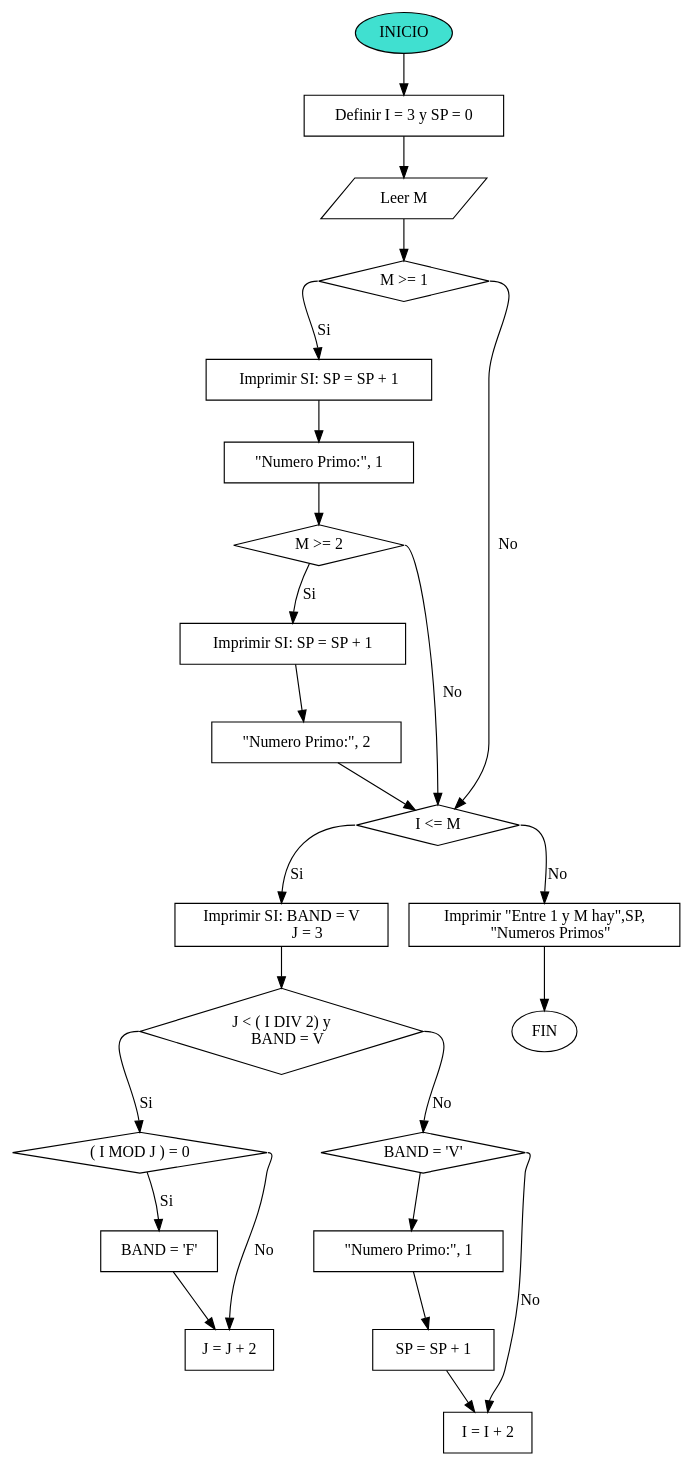
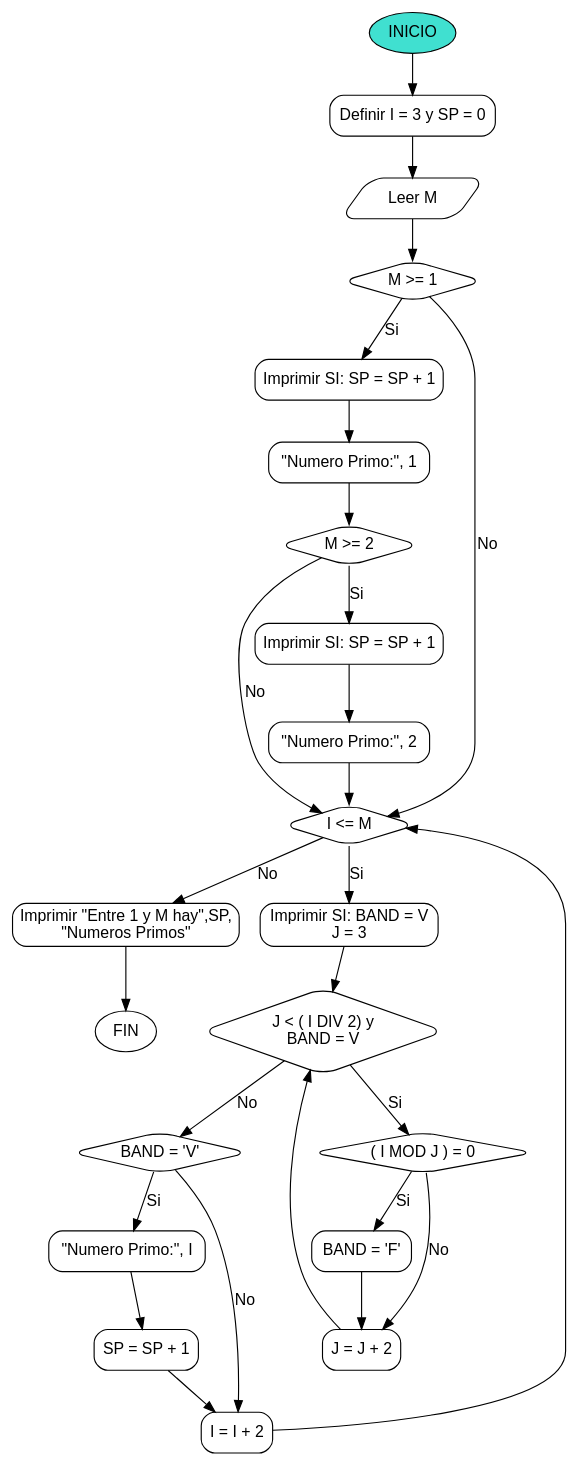
One commit to 23Leilany166/java-tutor-tics changed the diagram in Ejercicios/Problema_3_17/Diagrama/Problema_3_17.dot. Above: the diagram before and after it, drawn with Graphviz. The commit also changed 8 other files, not shown here.

Commit message:
Agregué diagramas de flujo

```diff
--- a/Ejercicios/Problema_3_17/Diagrama/Problema_3_17.dot
+++ b/Ejercicios/Problema_3_17/Diagrama/Problema_3_17.dot
@@ -1,104 +1,123 @@
 digraph Problema_3_17 {
-   Inicio [
-    shape=ellipse,
-    label="INICIO", 
-    fillcolor="#40e0d0", 
-    style="filled"];
-   Escribir [
-    shape=box  
-    label=" Definir I = 3 y SP = 0"
-   ];
-   Entrada_datos [
-    shape=parallelogram,
-    label=" Leer M "];
-   Condicion [
-    shape=diamond    
-    label=" M >= 1 "];
-   Opcion [
-    shape= box
-    label="Imprimir SI: SP = SP + 1"];
-   Opcion1 [
-    shape=box    
-    label=" \"Numero Primo:\", 1 "];
-   Condicion1 [
-    shape=diamond    
-    label=" M >= 2 "];
-   True[
-    shape=box
-    label="Imprimir SI: SP = SP + 1"
-   ];
-   False [
-    shape=box
-    label="Imprimir \"Entre 1 y M hay\",SP,
-    \"Numeros Primos\""
-   ];
-   Opcion3[
-    shape=box    
-    label=" \"Numero Primo:\", 2 "];
-   Condicion2[
-    shape=diamond    
-    label=" I <= M "];
-   Afimativo [
-    shape=box
-    label="Imprimir SI: BAND = V 
-              J = 3"
-   ]
-   Condicion3[
-    shape=diamond    
-    label=" J < ( I DIV 2) y
-    BAND = V "];
-   Condicion4 [
-    shape=diamond    
-    label="( I MOD J ) = 0"];
-   Verdad [
-    shape=box
-    label=" BAND = \'F\'"
-   ];
-   Opcion4[
-    shape=box
-    label="J = J + 2"
-   ];
-   Condicion5[
-    shape=diamond    
-    label="BAND = \'V\'"];
-   Leer1 [
-    shape=box    
-    label=" \"Numero Primo:\", 1 "];
-   Opcion5[
-    shape=box
-    label="SP = SP + 1"
-   ];
-   Opcion6[
-    shape=box
-    label="I = I + 2"
-   ]
-   Fin [
-    shape=ellipse
-    label="FIN"];
+    graph [fontname="Arial"];
+    node [shape=box, style=rounded, fontname="Arial"];
+    edge [fontname="Arial"];
 
+    Inicio [
+        shape=ellipse,
+        label="INICIO", 
+        fillcolor="#40e0d0", 
+        style="filled"
+    ];
+    Escribir [
+        shape=box,
+        label=" Definir I = 3 y SP = 0"
+    ];
+    Entrada_datos [
+        shape=parallelogram,
+        label=" Leer M "
+    ];
+    Condicion [
+        shape=diamond,
+        label=" M >= 1 "
+    ];
+    Opcion [
+        shape=box,
+        label="Imprimir SI: SP = SP + 1"
+    ];
+    Opcion1 [
+        shape=box,
+        label=" \"Numero Primo:\", 1 "
+    ];
+    Condicion1 [
+        shape=diamond,
+        label=" M >= 2 "
+    ];
+    True [
+        shape=box,
+        label="Imprimir SI: SP = SP + 1"
+    ];
+    False [
+        shape=box,
+        label="Imprimir \"Entre 1 y M hay\",SP,\n \"Numeros Primos\""
+    ];
+    Opcion3 [
+        shape=box,
+        label=" \"Numero Primo:\", 2 "
+    ];
+    Condicion2 [
+        shape=diamond,
+        label=" I <= M "
+    ];
+    Afimativo [
+        shape=box,
+        label="Imprimir SI: BAND = V \n J = 3"
+    ];
+    Condicion3 [
+        shape=diamond,
+        label=" J < ( I DIV 2) y\n BAND = V "
+    ];
+    Condicion4 [
+        shape=diamond,
+        label="( I MOD J ) = 0"
+    ];
+    Verdad [
+        shape=box,
+        label=" BAND = \'F\'"
+    ];
+    Opcion4 [
+        shape=box,
+        label="J = J + 2"
+    ];
+    Condicion5 [
+        shape=diamond,
+        label="BAND = \'V\'"
+    ];
+    Leer1 [
+        shape=box,
+        label=" \"Numero Primo:\", I " /* Corregido de '1' a 'I' */
+    ];
+    Opcion5 [
+        shape=box,
+        label="SP = SP + 1"
+    ];
+    Opcion6 [
+        shape=box,
+        label="I = I + 2"
+    ];
+    Fin [
+        shape=ellipse,
+        label="FIN"
+    ];
 
-  Inicio -> Escribir;
-  Escribir -> Entrada_datos;
-  Entrada_datos -> Condicion;
-  Condicion -> Condicion2  [label="  No", tailport=e, headport=r];
-  Condicion -> Opcion [label="Si", tailport=w, headport=n];
-  Opcion -> Opcion1;
-  Opcion1 -> Condicion1;
-  Condicion1 -> Condicion2 [label="  No", tailport=e, headport=n];
-  Condicion1 -> True [label="Si", tailport=a, headport=n];
-  Condicion2 -> False[label="No", tailport=e, headport=n];
-  True -> Opcion3;
-  Opcion3 -> Condicion2;
-  Condicion2 ->  Afimativo [label="Si", tailport=w, headport=n];
-  Afimativo -> Condicion3;
-  Condicion3 -> Condicion4 [label="Si", tailport=w, headport=n];
-  Condicion3 ->  Condicion5 [label="No", tailport=e, headport=n];
-  Condicion4 -> Verdad [label="Si", tailport=r, headport=n];
-  Condicion4 -> Opcion4[label="No", tailport=e, headport=n];
-  Verdad -> Opcion4;
-  Condicion5 -> Leer1;
-  Condicion5 -> Opcion6[label="No", tailport=e, headport=n];
-  Leer1 -> Opcion5;
-  Opcion5 -> Opcion6;
-  False -> Fin;
+    // --- Definición de Flechas (Edges) ---
+
+    Inicio -> Escribir;
+    Escribir -> Entrada_datos;
+    Entrada_datos -> Condicion;
+    Condicion -> Condicion2 [label=" No"];
+    Condicion -> Opcion [label="Si"];
+    Opcion -> Opcion1;
+    Opcion1 -> Condicion1;
+    Condicion1 -> Condicion2 [label=" No"];
+    Condicion1 -> True [label="Si"];
+    Condicion2 -> False [label="No"];
+    True -> Opcion3;
+    Opcion3 -> Condicion2;
+    Condicion2 -> Afimativo [label="Si"];
+    Afimativo -> Condicion3;
+    Condicion3 -> Condicion4 [label="Si"];
+    Condicion3 -> Condicion5 [label="No"];
+    Condicion4 -> Verdad [label="Si"];
+    Condicion4 -> Opcion4 [label="No"];
+    Verdad -> Opcion4;
+    Condicion5 -> Leer1 [label="Si"];
+    Condicion5 -> Opcion6 [label="No"];
+    Leer1 -> Opcion5;
+    Opcion5 -> Opcion6;
+    False -> Fin;
+    
+    // --- Flechas de Bucle Faltantes ---
+    Opcion4 -> Condicion3; // Bucle interno (J)
+    Opcion6 -> Condicion2; // Bucle externo (I)
 }
```
